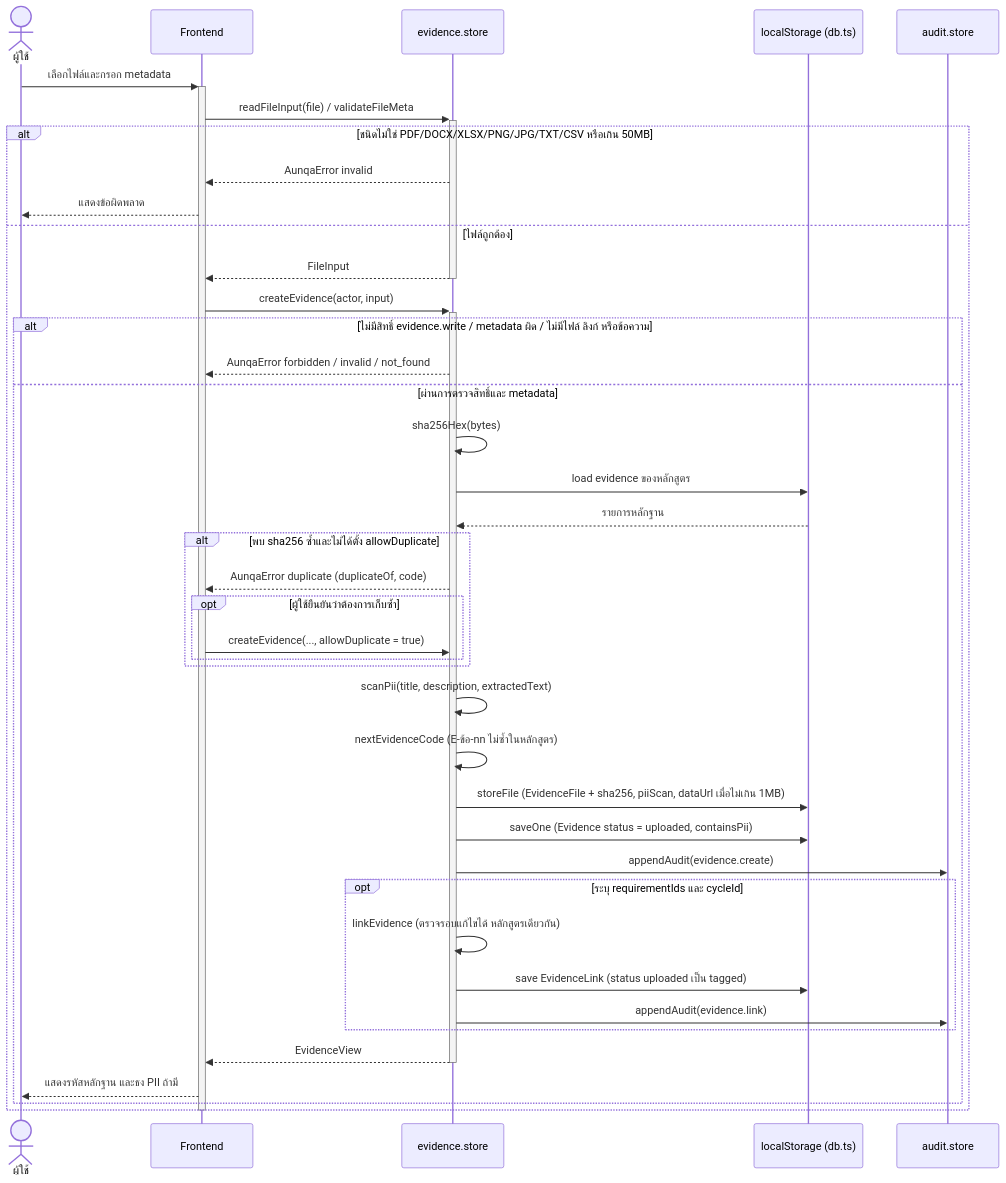
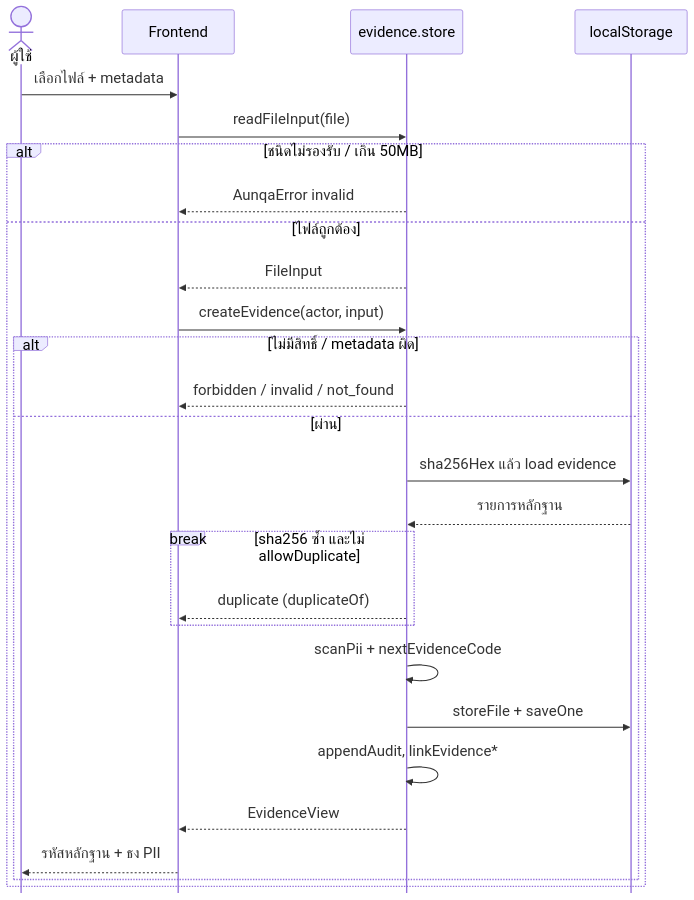
The diagram in docs/diagrams/seq-evidence-upload.mmd (sunthanathza5566/project-mockup), drawn with Mermaid before and after one commit. The commit also changed 9 other files, not shown here.

```diff
--- a/docs/diagrams/seq-evidence-upload.mmd
+++ b/docs/diagrams/seq-evidence-upload.mmd
@@ -1,42 +1,29 @@
-%% source: eduflow-next/lib/api/evidence.store.ts:34-45,127-193,248-277 | task: TASK-0001 | updated: 2026-10-21
+%% source: eduflow-next/lib/api/evidence.store.ts:33-45 (validateFileMeta, readFileInput), 103-108 (piiOf), 127-147 (storeFile), 149-189 (createEvidence), 249-280 (linkEvidence); lib/utils/pii.ts:57-95 (normalizeForPii, scanPii) | task: TASK-0001 | updated: 2026-10-22
+%%{init: {"fontSize": 22, "sequence": {"mirrorActors": false, "actorMargin": 20, "width": 165}}}%%
 sequenceDiagram
   actor U as ผู้ใช้
   participant UI as Frontend
   participant E as evidence.store
-  participant D as localStorage (db.ts)
-  participant A as audit.store
-  U->>+UI: เลือกไฟล์และกรอก metadata
-  UI->>+E: readFileInput(file) / validateFileMeta
-  alt ชนิดไม่ใช่ PDF/DOCX/XLSX/PNG/JPG/TXT/CSV หรือเกิน 50MB
+  participant D as localStorage
+  U->>UI: เลือกไฟล์ + metadata
+  UI->>E: readFileInput(file)
+  alt ชนิดไม่รองรับ / เกิน 50MB
     E-->>UI: AunqaError invalid
-    UI-->>U: แสดงข้อผิดพลาด
   else ไฟล์ถูกต้อง
-    E-->>-UI: FileInput
-    UI->>+E: createEvidence(actor, input)
-    alt ไม่มีสิทธิ์ evidence.write / metadata ผิด / ไม่มีไฟล์ ลิงก์ หรือข้อความ
-      E-->>UI: AunqaError forbidden / invalid / not_found
-    else ผ่านการตรวจสิทธิ์และ metadata
-      E->>E: sha256Hex(bytes)
-      E->>D: load evidence ของหลักสูตร
+    E-->>UI: FileInput
+    UI->>E: createEvidence(actor, input)
+    alt ไม่มีสิทธิ์ / metadata ผิด
+      E-->>UI: forbidden / invalid / not_found
+    else ผ่าน
+      E->>D: sha256Hex แล้ว load evidence
       D-->>E: รายการหลักฐาน
-      alt พบ sha256 ซ้ำและไม่ได้ตั้ง allowDuplicate
-        E-->>UI: AunqaError duplicate (duplicateOf, code)
-        opt ผู้ใช้ยืนยันว่าต้องการเก็บซ้ำ
-          UI->>E: createEvidence(..., allowDuplicate = true)
-        end
+      break sha256 ซ้ำ และไม่ allowDuplicate
+        E-->>UI: duplicate (duplicateOf)
       end
-      E->>E: scanPii(title, description, extractedText)
-      E->>E: nextEvidenceCode (E-ข้อ-nn ไม่ซ้ำในหลักสูตร)
-      E->>D: storeFile (EvidenceFile + sha256, piiScan, dataUrl เมื่อไม่เกิน 1MB)
-      E->>D: saveOne (Evidence status = uploaded, containsPii)
-      E->>A: appendAudit(evidence.create)
-      opt ระบุ requirementIds และ cycleId
-        E->>E: linkEvidence (ตรวจรอบแก้ไขได้ หลักสูตรเดียวกัน)
-        E->>D: save EvidenceLink (status uploaded เป็น tagged)
-        E->>A: appendAudit(evidence.link)
-      end
-      E-->>-UI: EvidenceView
-      UI-->>U: แสดงรหัสหลักฐาน และธง PII ถ้ามี
+      E->>E: scanPii + nextEvidenceCode
+      E->>D: storeFile + saveOne
+      E->>E: appendAudit, linkEvidence*
+      E-->>UI: EvidenceView
+      UI-->>U: รหัสหลักฐาน + ธง PII
     end
   end
-  deactivate UI
```
